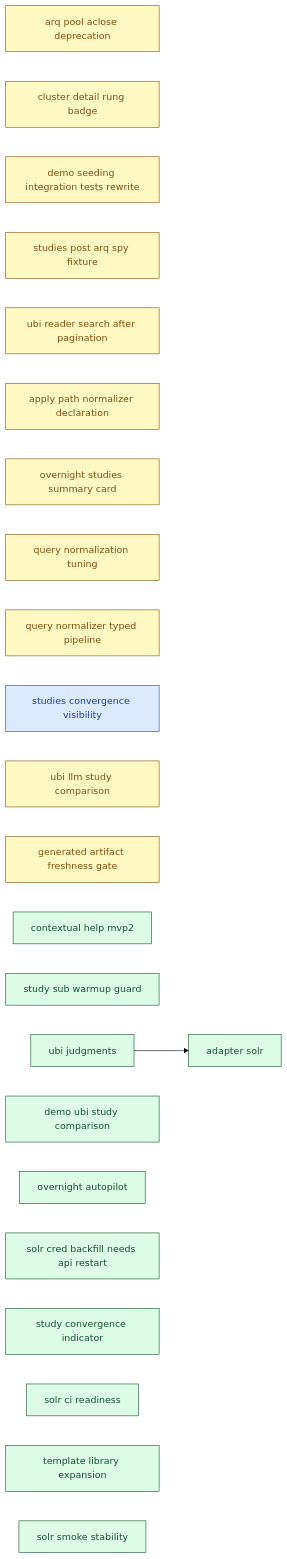
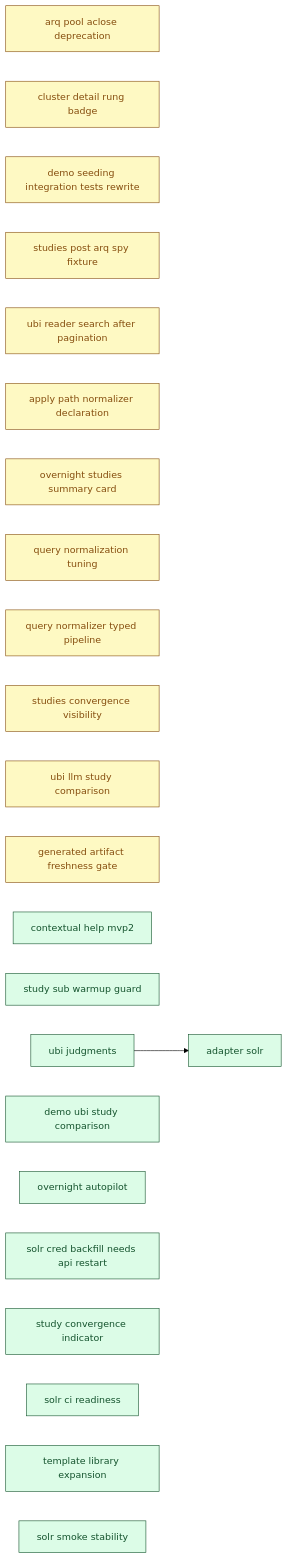
The diagram in docs/00_overview/MVP2_DASHBOARD.md (SoundMindsAI/relyloop), drawn with Mermaid (forest theme) before and after one commit. The commit also changed other lines of this file and 4 other files, not shown here.

Commit message:
docs(plan): studies-list convergence visibility implementation plan (dashboards)

````diff
--- a/docs/00_overview/MVP2_DASHBOARD.md
+++ b/docs/00_overview/MVP2_DASHBOARD.md
@@ -109,55 +108,55 @@
 ```mermaid
 graph LR
   classDef done fill:#dcfce7,stroke:#14532d,color:#14532d;
   classDef implement fill:#ffedd5,stroke:#9a3412,color:#9a3412;
   classDef plan fill:#fef9c3,stroke:#854d0e,color:#854d0e;
   classDef spec fill:#dbeafe,stroke:#1e40af,color:#1e40af;
   classDef idea fill:#f1f5f9,stroke:#334155,color:#334155;
   chore_arq_pool_aclose_deprecation["arq pool aclose deprecation"]
   class chore_arq_pool_aclose_deprecation plan;
   chore_cluster_detail_rung_badge["cluster detail rung badge"]
   class chore_cluster_detail_rung_badge plan;
   chore_demo_seeding_integration_tests_rewrite["demo seeding integration tests rewrite"]
   class chore_demo_seeding_integration_tests_rewrite plan;
   chore_studies_post_arq_spy_fixture["studies post arq spy fixture"]
   class chore_studies_post_arq_spy_fixture plan;
   chore_ubi_reader_search_after_pagination["ubi reader search after pagination"]
   class chore_ubi_reader_search_after_pagination plan;
   feat_apply_path_normalizer_declaration["apply path normalizer declaration"]
   class feat_apply_path_normalizer_declaration plan;
   feat_overnight_studies_summary_card["overnight studies summary card"]
   class feat_overnight_studies_summary_card plan;
   feat_query_normalization_tuning["query normalization tuning"]
   class feat_query_normalization_tuning plan;
   feat_query_normalizer_typed_pipeline["query normalizer typed pipeline"]
   class feat_query_normalizer_typed_pipeline plan;
   feat_studies_convergence_visibility["studies convergence visibility"]
-  class feat_studies_convergence_visibility spec;
+  class feat_studies_convergence_visibility plan;
   feat_ubi_llm_study_comparison["ubi llm study comparison"]
   class feat_ubi_llm_study_comparison plan;
   infra_generated_artifact_freshness_gate["generated artifact freshness gate"]
   class infra_generated_artifact_freshness_gate plan;
   feat_contextual_help_mvp2["contextual help mvp2"]
   class feat_contextual_help_mvp2 done;
   feat_study_sub_warmup_guard["study sub warmup guard"]
   class feat_study_sub_warmup_guard done;
   feat_ubi_judgments["ubi judgments"]
   class feat_ubi_judgments done;
   feat_demo_ubi_study_comparison["demo ubi study comparison"]
   class feat_demo_ubi_study_comparison done;
   feat_overnight_autopilot["overnight autopilot"]
   class feat_overnight_autopilot done;
   infra_adapter_solr["adapter solr"]
   class infra_adapter_solr done;
   chore_solr_cred_backfill_needs_api_restart["solr cred backfill needs api restart"]
   class chore_solr_cred_backfill_needs_api_restart done;
   feat_study_convergence_indicator["study convergence indicator"]
   class feat_study_convergence_indicator done;
   infra_solr_ci_readiness["solr ci readiness"]
   class infra_solr_ci_readiness done;
   chore_template_library_expansion["template library expansion"]
   class chore_template_library_expansion done;
   infra_solr_smoke_stability["solr smoke stability"]
   class infra_solr_smoke_stability done;
   feat_ubi_judgments --> infra_adapter_solr
 ```
````
